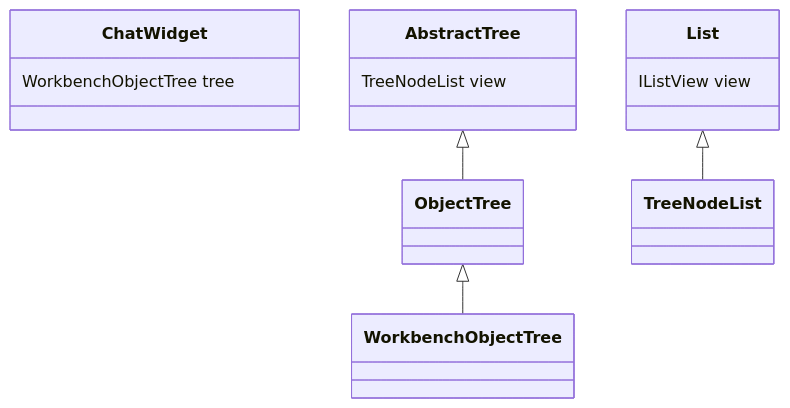
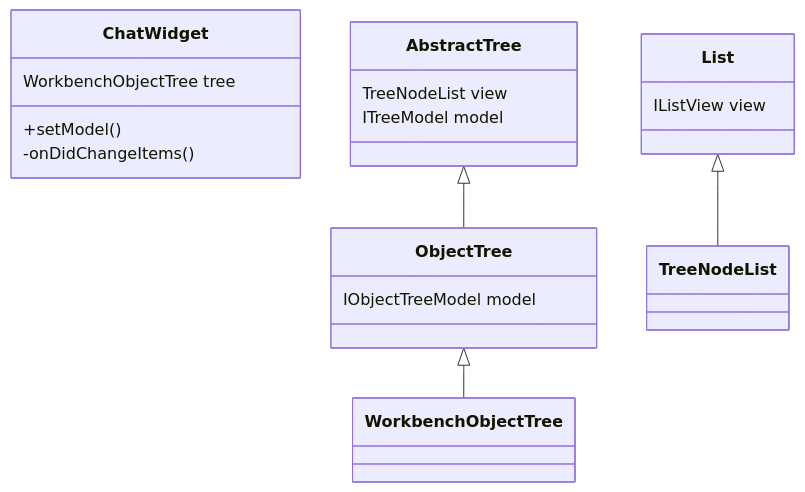
One commit to tamuratak/vscode changed the first of 2 diagrams in chatwidget.md. Above: the diagram before and after it, drawn with Mermaid. The commit also changed other lines of this file, not shown here.

Commit message:
Refactor ChatWidget documentation to clarify class relationships and add session loading details

````diff
--- a/chatwidget.md
+++ b/chatwidget.md
@@ -18,18 +10,27 @@
 ```mermaid
 classDiagram
-class ChatWidget
-ChatWidget : WorkbenchObjectTree tree
+
+class ChatWidget {
+  WorkbenchObjectTree tree
+  +setModel()
+  -onDidChangeItems()
+}
 
 class WorkbenchObjectTree
-class ObjectTree
-class AbstractTree
-AbstractTree : TreeNodeList view
+class ObjectTree {
+  IObjectTreeModel model
+}
+class AbstractTree {
+  TreeNodeList view
+  ITreeModel model
+}
 class TreeNodeList
-class List
-List : IListView view
+class List {
+  IListView view
+}
 interface IListView
 
 AbstractTree <|-- ObjectTree
 ObjectTree <|-- WorkbenchObjectTree
 List <|-- TreeNodeList
 ```
````
